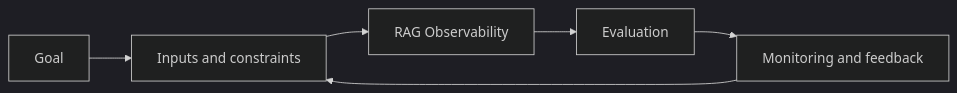
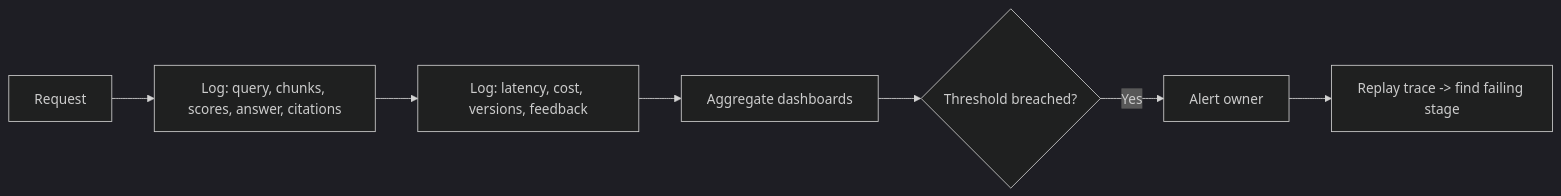
One commit to Icon1cc/Machine-Learning changed the diagram in rag/12-rag-observability.md. Above: the diagram before and after it, drawn with Mermaid (dark theme). The commit also changed other lines of this file and 118 other files, not shown here.

````diff
--- a/rag/12-rag-observability.md
+++ b/rag/12-rag-observability.md
@@ -93,8 +71,9 @@
 ```mermaid
 flowchart LR
-    A[Goal] --> B[Inputs and constraints]
-    B --> C[RAG Observability]
-    C --> D[Evaluation]
-    D --> E[Monitoring and feedback]
-    E --> B
+    A[Request] --> B[Log: query, chunks, scores, answer, citations]
+    B --> C[Log: latency, cost, versions, feedback]
+    C --> D[Aggregate dashboards]
+    D --> E{Threshold breached?}
+    E -- Yes --> F[Alert owner]
+    F --> G[Replay trace -> find failing stage]
 ```
````
